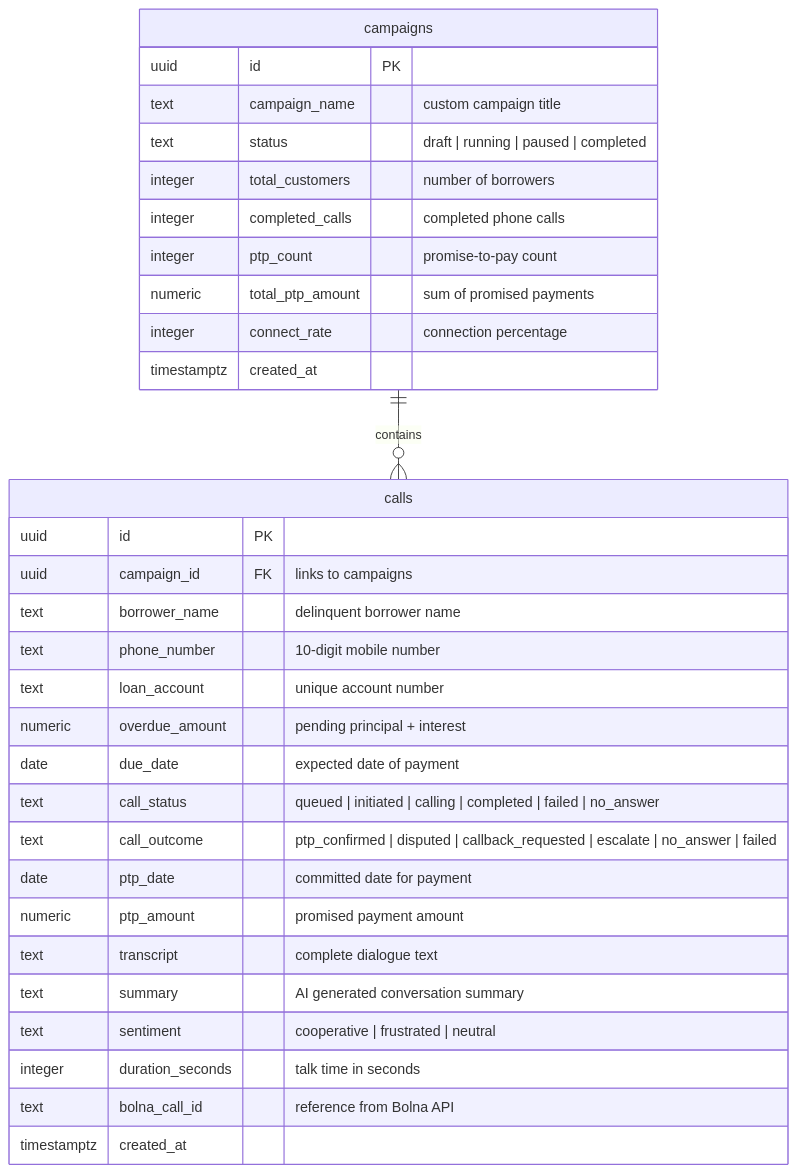
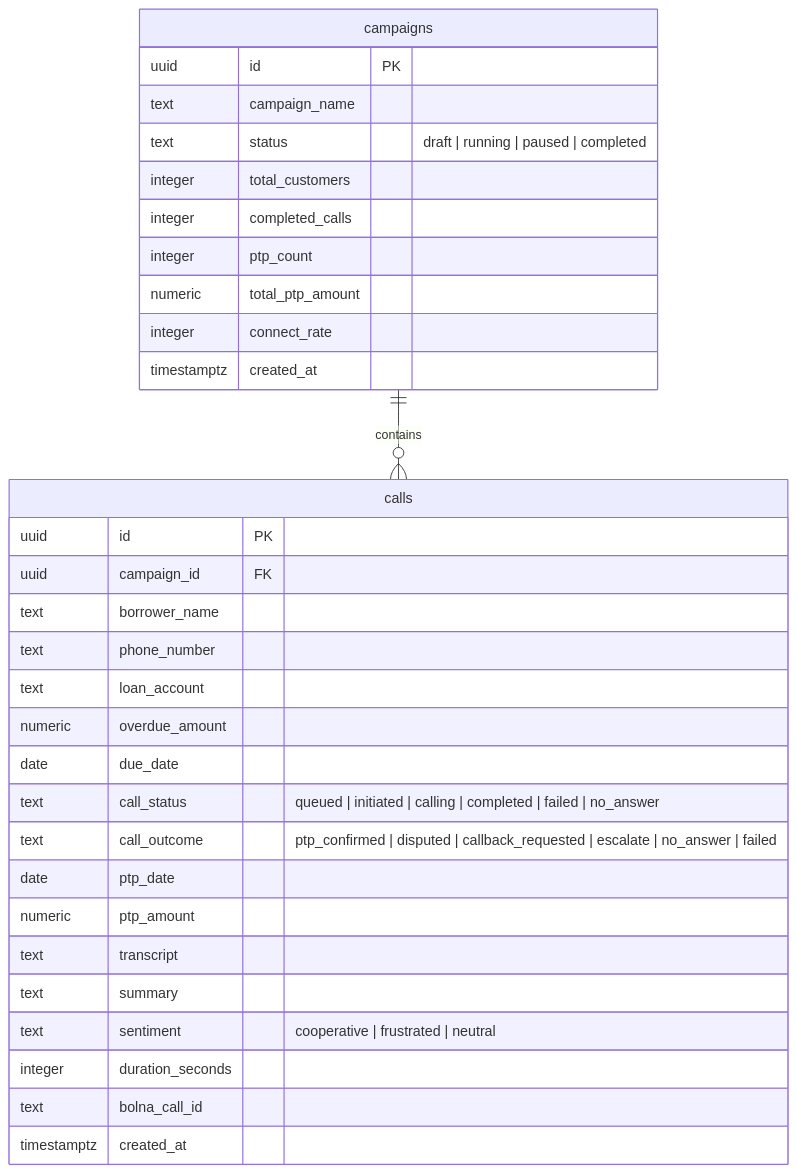
Before and after one commit to Manoj-0810/collectiq-ai-dashboard: the second of 2 diagrams in README.md, drawn with Mermaid. The commit also changed other lines of this file, not shown here.

````diff
--- a/README.md
+++ b/README.md
@@ -66,34 +154,36 @@
 ```mermaid
 erDiagram
     campaigns {
-        uuid id PK
-        text campaign_name "custom campaign title"
-        text status "draft | running | paused | completed"
-        integer total_customers "number of borrowers"
-        integer completed_calls "completed phone calls"
-        integer ptp_count "promise-to-pay count"
-        numeric total_ptp_amount "sum of promised payments"
-        integer connect_rate "connection percentage"
+        uuid        id              PK
+        text        campaign_name
+        text        status          "draft | running | paused | completed"
+        integer     total_customers
+        integer     completed_calls
+        integer     ptp_count
+        numeric     total_ptp_amount
+        integer     connect_rate
         timestamptz created_at
     }
+
     calls {
-        uuid id PK
-        uuid campaign_id FK "links to campaigns"
-        text borrower_name "delinquent borrower name"
-        text phone_number "10-digit mobile number"
-        text loan_account "unique account number"
-        numeric overdue_amount "pending principal + interest"
-        date due_date "expected date of payment"
-        text call_status "queued | initiated | calling | completed | failed | no_answer"
-        text call_outcome "ptp_confirmed | disputed | callback_requested | escalate | no_answer | failed"
-        date ptp_date "committed date for payment"
-        numeric ptp_amount "promised payment amount"
-        text transcript "complete dialogue text"
-        text summary "AI generated conversation summary"
-        text sentiment "cooperative | frustrated | neutral"
-        integer duration_seconds "talk time in seconds"
-        text bolna_call_id "reference from Bolna API"
+        uuid        id              PK
+        uuid        campaign_id     FK
+        text        borrower_name
+        text        phone_number
+        text        loan_account
+        numeric     overdue_amount
+        date        due_date
+        text        call_status     "queued | initiated | calling | completed | failed | no_answer"
+        text        call_outcome    "ptp_confirmed | disputed | callback_requested | escalate | no_answer | failed"
+        date        ptp_date
+        numeric     ptp_amount
+        text        transcript
+        text        summary
+        text        sentiment       "cooperative | frustrated | neutral"
+        integer     duration_seconds
+        text        bolna_call_id
         timestamptz created_at
     }
-    campaigns ||--o{ calls : contains
+
+    campaigns ||--o{ calls : "contains"
 ```
````
